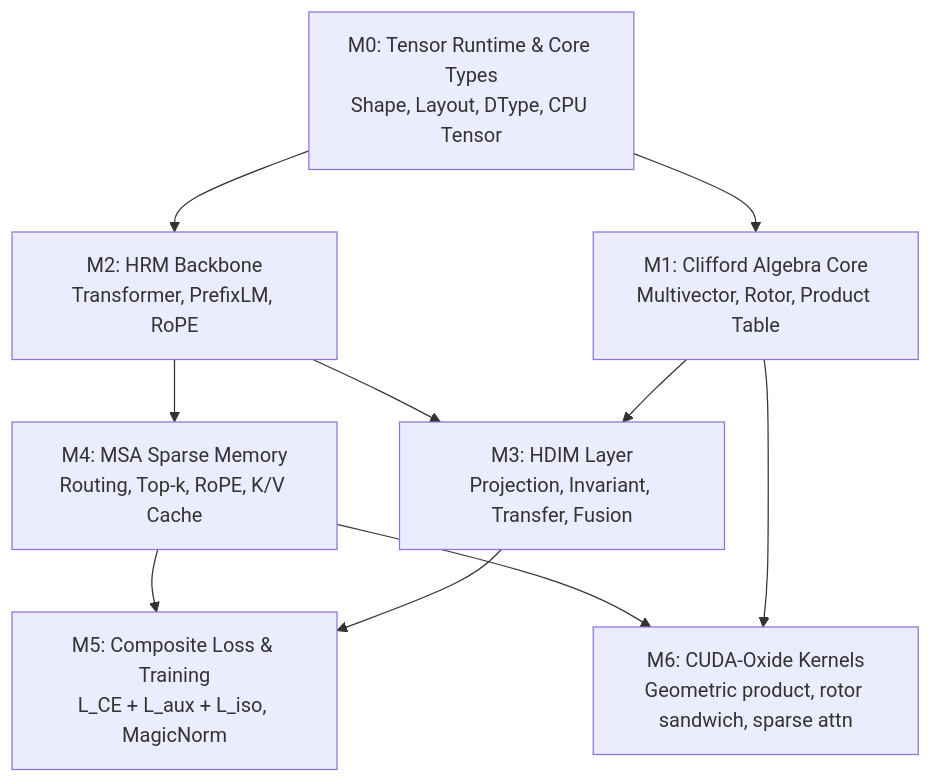
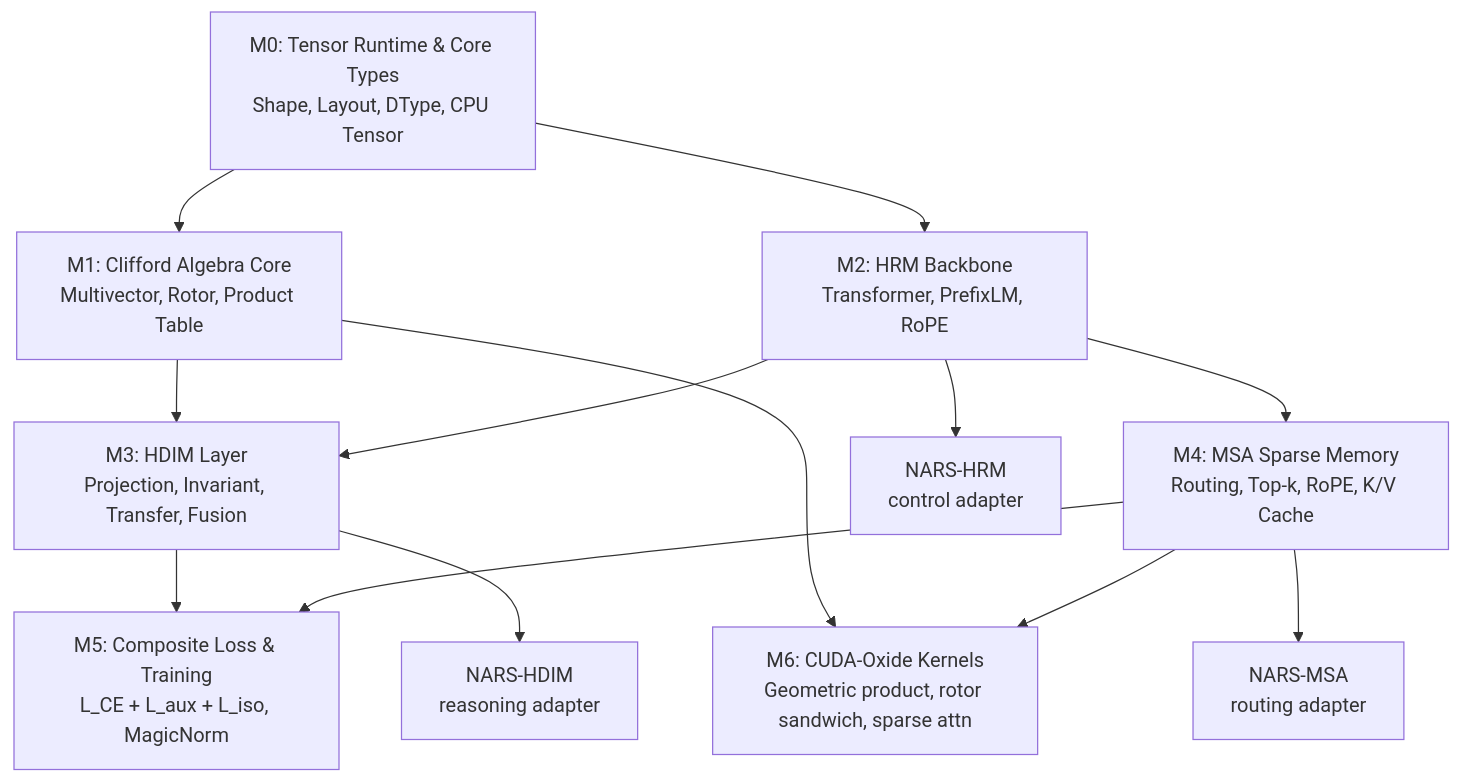
One commit to ShmidtS/HAGI changed the tenth of 12 diagrams in docs/architecture_diagrams.md. Above: the diagram before and after it, drawn with Mermaid. The commit also changed other lines of this file, not shown here.

First line of the commit message:
docs: update architecture diagrams with NARS control plane

````diff
--- a/docs/architecture_diagrams.md
+++ b/docs/architecture_diagrams.md
@@ -446,21 +474,27 @@
 ```mermaid
 flowchart TD
     M0["M0: Tensor Runtime & Core Types<br/>Shape, Layout, DType, CPU Tensor"]
     M1["M1: Clifford Algebra Core<br/>Multivector, Rotor, Product Table"]
     M2["M2: HRM Backbone<br/>Transformer, PrefixLM, RoPE"]
     M3["M3: HDIM Layer<br/>Projection, Invariant, Transfer, Fusion"]
     M4["M4: MSA Sparse Memory<br/>Routing, Top-k, RoPE, K/V Cache"]
     M5["M5: Composite Loss & Training<br/>L_CE + L_aux + L_iso, MagicNorm"]
     M6["M6: CUDA-Oxide Kernels<br/>Geometric product, rotor sandwich, sparse attn"]
+    NHRM["NARS-HRM<br/>control adapter"]
+    NHDIM["NARS-HDIM<br/>reasoning adapter"]
+    NMSA["NARS-MSA<br/>routing adapter"]
 
     M0 --> M1
     M0 --> M2
     M1 --> M3
     M2 --> M3
     M2 --> M4
     M3 --> M5
     M4 --> M5
     M1 --> M6
     M4 --> M6
+    M2 --> NHRM
+    M3 --> NHDIM
+    M4 --> NMSA
 
 ```
````
